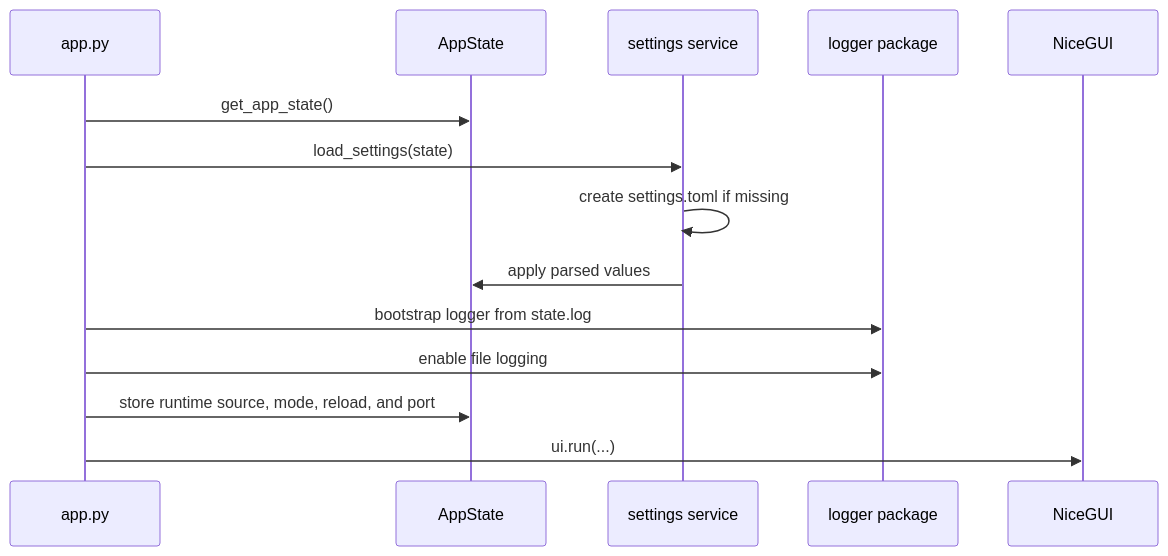
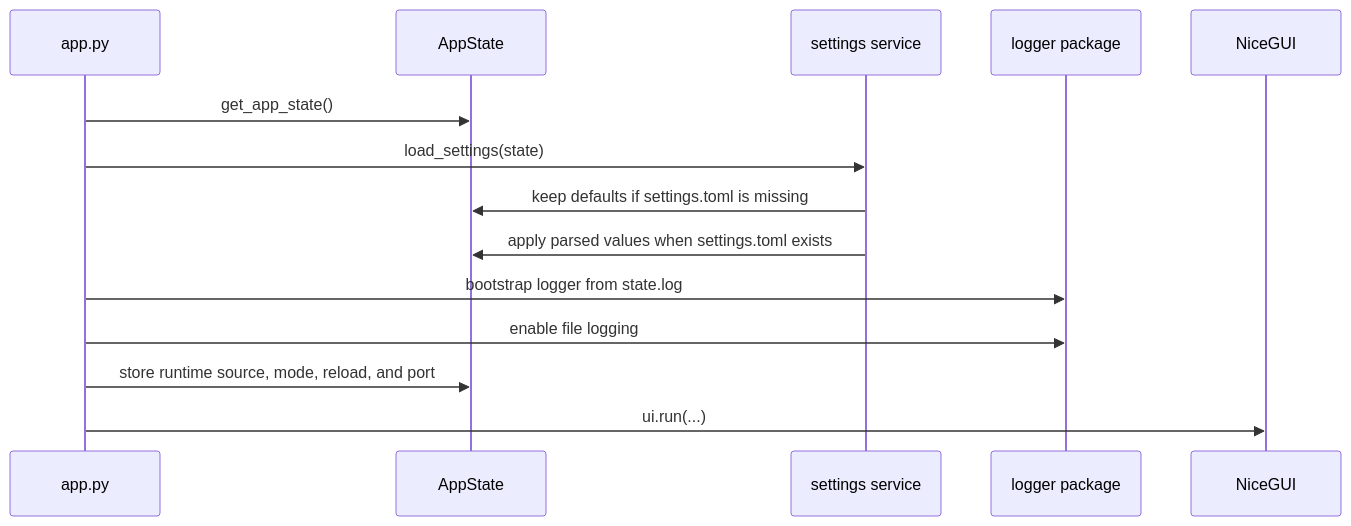
The second of 3 diagrams in docs/settings.md (Fonze81/NiceGui-Windows-Base), drawn with Mermaid before and after one commit. The commit also changed other lines of this file and 13 other files, not shown here.

First line of the commit message:
refactor(state): expand runtime state and keep settings load read-only

````diff
--- a/docs/settings.md
+++ b/docs/settings.md
@@ -101,17 +108,17 @@
 ```mermaid
 sequenceDiagram
     participant App as app.py
     participant State as AppState
     participant Settings as settings service
     participant Logger as logger package
     participant NiceGUI as NiceGUI
 
     App->>State: get_app_state()
     App->>Settings: load_settings(state)
-    Settings->>Settings: create settings.toml if missing
-    Settings->>State: apply parsed values
+    Settings->>State: keep defaults if settings.toml is missing
+    Settings->>State: apply parsed values when settings.toml exists
     App->>Logger: bootstrap logger from state.log
     App->>Logger: enable file logging
     App->>State: store runtime source, mode, reload, and port
     App->>NiceGUI: ui.run(...)
 ```
````
